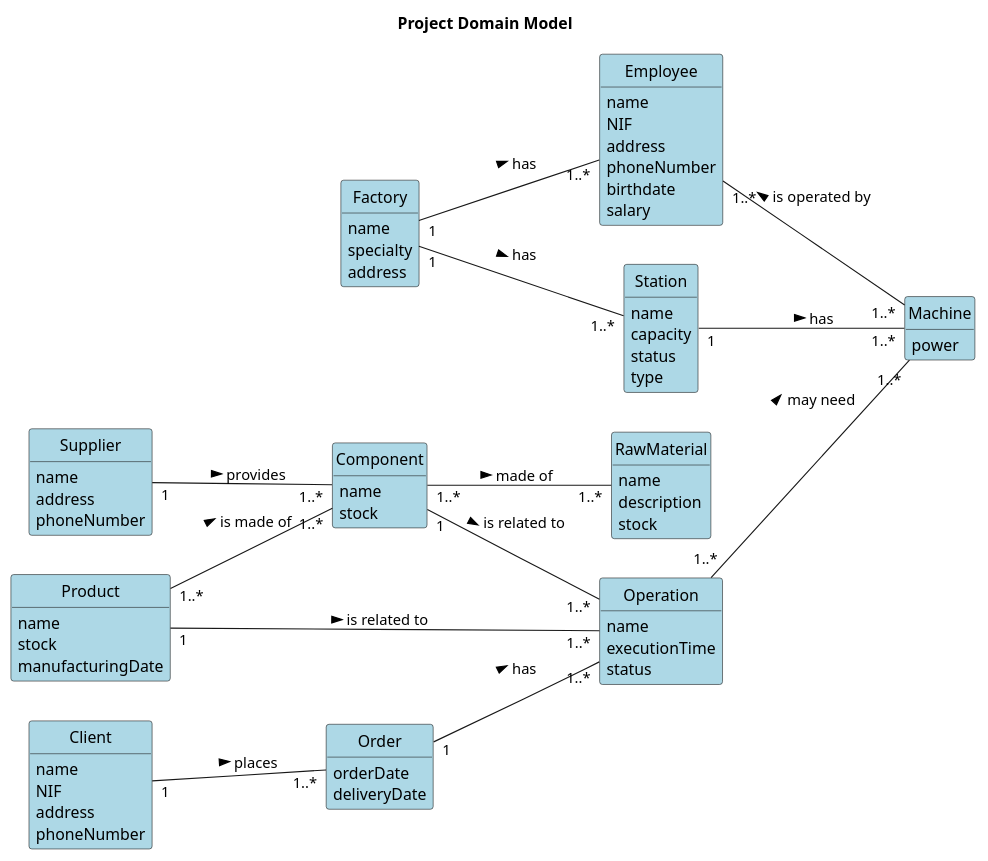
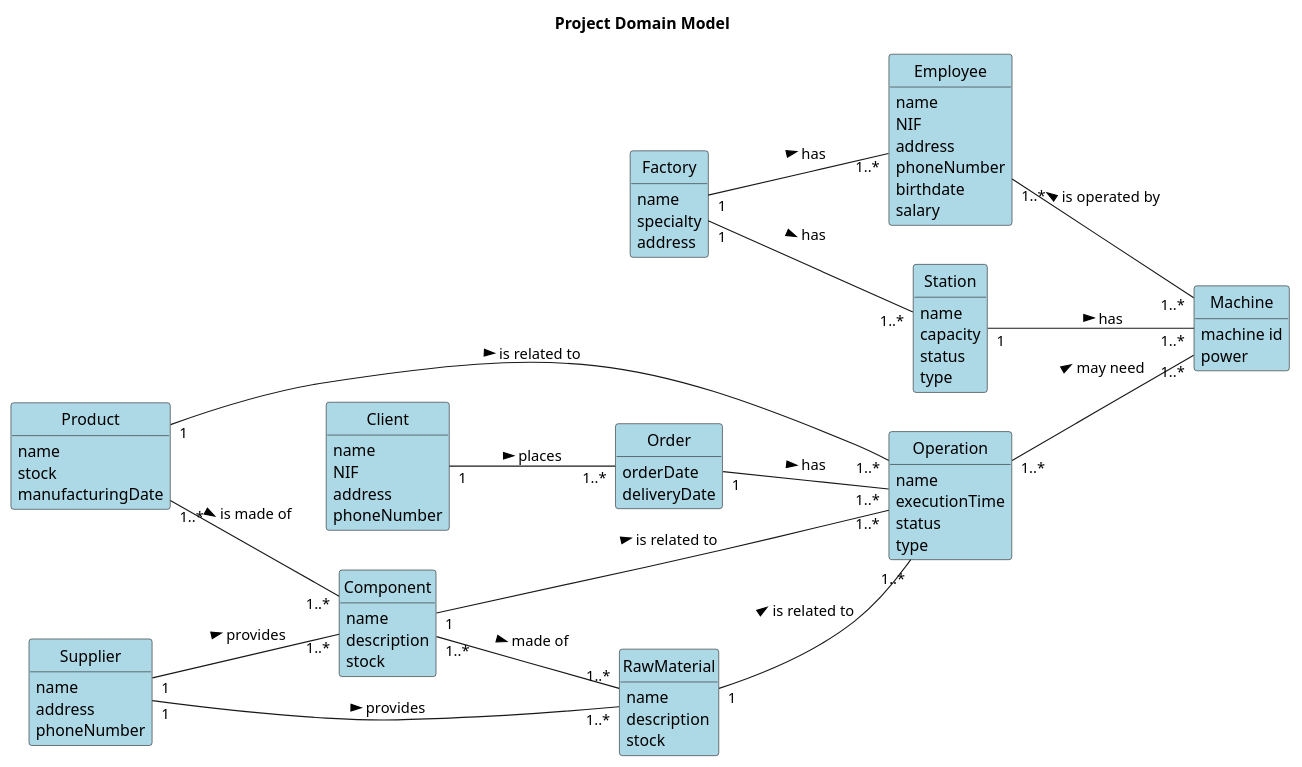
Before and after one commit to ricardomm7/buildflow: the diagram in others/documentation/global-artifacts/domain-model.puml, drawn with PlantUML. The commit also changed 1 other file, not shown here.

```diff
--- a/others/documentation/global-artifacts/domain-model.puml
+++ b/others/documentation/global-artifacts/domain-model.puml
@@ -1,93 +1,98 @@
 @startuml
 skinparam classBackgroundColor #ADD8E6
 skinparam packageStyle rectangle
 skinparam shadowing false
 skinparam classAttributeIconSize 0
 hide circle
 hide methods
 left to right direction
 
 title Project Domain Model
 
 class Supplier {
     name
     address
     phoneNumber
 }
 
 class RawMaterial {
     name
     description
     stock
 }
 
 class Product {
     name
     stock
     manufacturingDate
 }
 
 class Component {
     name
+    description
     stock
 }
 
 class Machine {
+    machine id
     power
 }
 
 class Employee {
     name
     NIF
     address
     phoneNumber
     birthdate
     salary
 }
 
 class Operation {
     name
     executionTime
     status
+    type
 }
 
 class Station {
     name
     capacity
     status
     type
 }
 
 class Factory {
     name
     specialty
     address
 }
 
 class Order {
     orderDate
     deliveryDate
 }
 
 class Client {
     name
     NIF
     address
     phoneNumber
 }
 
 Supplier "1" -- "1..*" Component: provides >
+Supplier "1" --"1..*" RawMaterial: provides >
 Component "1..*" -- "1..*" RawMaterial: made of >
 Product "1..*" -- "1..*" Component : is made of >
 Component "1" -- "1..*" Operation : is related to >
+RawMaterial "1" -- "1..*" Operation : is related to >
 Product "1" -- "1..*" Operation : is related to >
 Order "1" -- "1..*" Operation : has >
 'assumindo que não existem encomendas iguais
 Client "1" -- "1..*" Order : places >
 Operation "1..*" -- "1..*" Machine : may need >
 Employee "1..*" -- "1..*" Machine : is operated by <
 Station "1" -- "1..*" Machine : has >
 Factory "1" -- "1..*" Station : has >
 Factory "1" -- "1..*" Employee : has >
 
 @enduml
```
